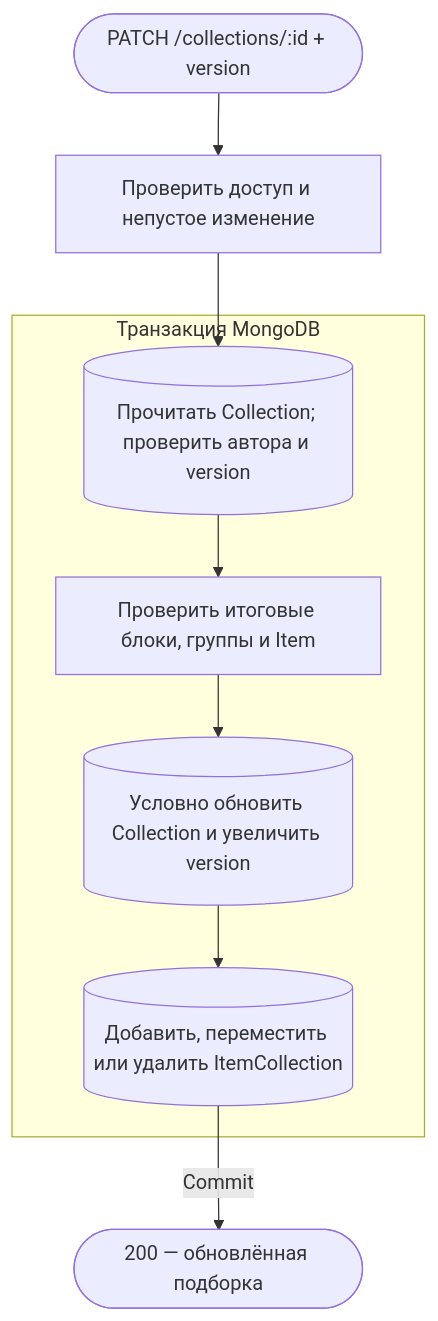
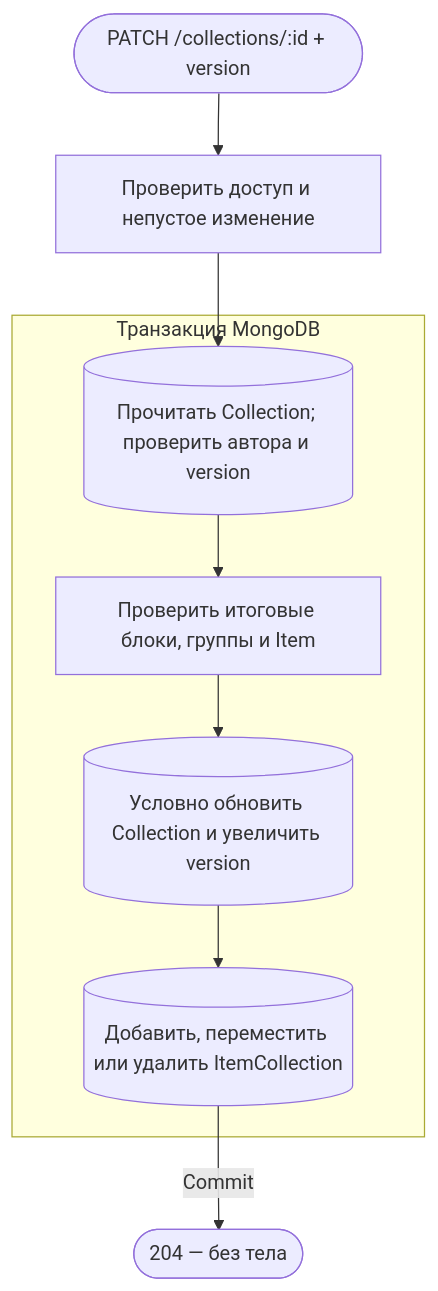
The fourth of 8 diagrams in apps/api/public/docs/api/requestFlows/collections.md (AmyGrooove/f95-tinder), drawn with Mermaid before and after one commit. The commit also changed other lines of this file and 230 other files, not shown here.

````diff
--- a/apps/api/public/docs/api/requestFlows/collections.md
+++ b/apps/api/public/docs/api/requestFlows/collections.md
@@ -124,14 +72,14 @@
 ```mermaid
 flowchart TD
     accTitle: Редактирование собственной подборки
     accDescr: Проверить доступ, внутри транзакции проверить автора и версию, итоговые блоки и состав, сохранить Collection и ItemCollection и ответить после commit
     A(["PATCH /collections/:id + version"]):::http --> B["Проверить доступ и непустое изменение"]:::action
     subgraph TX["Транзакция MongoDB"]
         C[("Прочитать Collection; проверить автора и version")]:::data
         C --> D["Проверить итоговые блоки, группы и Item"]:::action
         D --> E[("Условно обновить Collection и увеличить version")]:::data
         E --> F[("Добавить, переместить или удалить ItemCollection")]:::data
     end
     B --> C
-    F -->|Commit| G(["200 — обновлённая подборка"]):::http
+    F -->|Commit| G(["204 — без тела"]):::http
 ```
````
